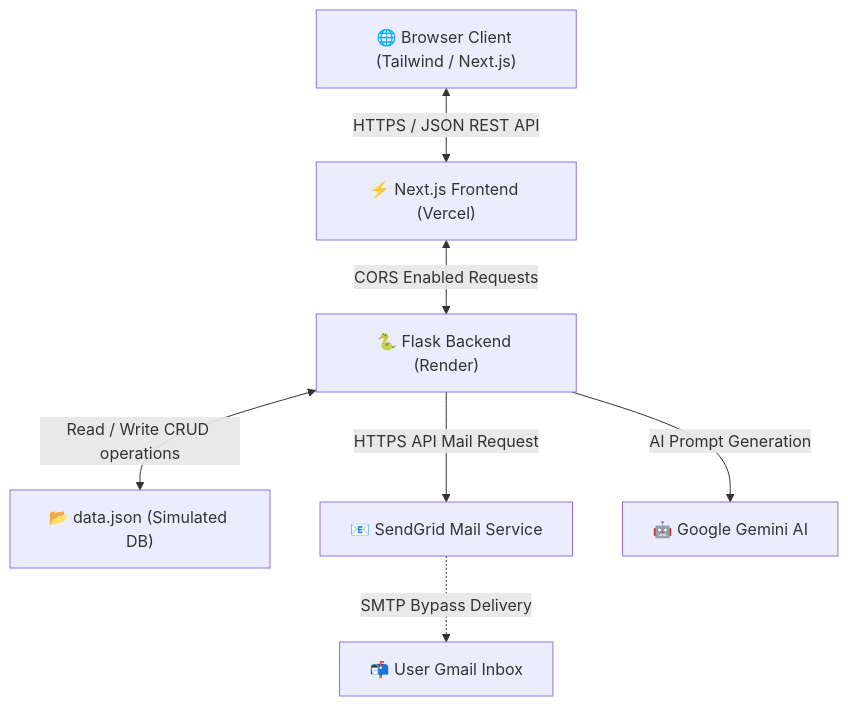
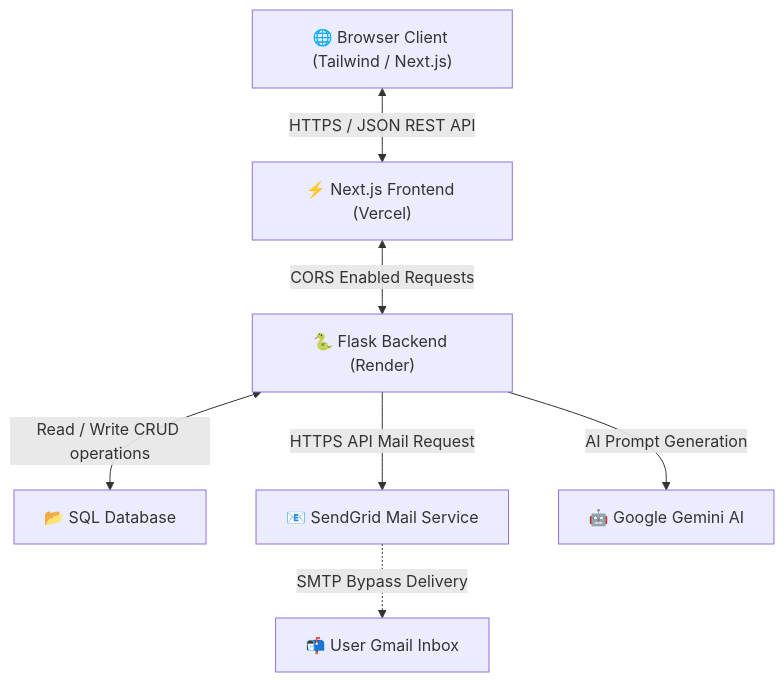
One commit to mcsb25032006/MedoraLink changed the first of 4 diagrams in ReadMe.md. Above: the diagram before and after it, drawn with Mermaid. The commit also changed other lines of this file, not shown here.

````diff
--- a/ReadMe.md
+++ b/ReadMe.md
@@ -36,9 +59,9 @@
 ```mermaid
 graph TD
     Client["🌐 Browser Client (Tailwind / Next.js)"] <-->|HTTPS / JSON REST API| Frontend["⚡ Next.js Frontend (Vercel)"]
     Frontend <-->|CORS Enabled Requests| Backend["🐍 Flask Backend (Render)"]
-    Backend <-->|Read / Write CRUD operations| DB["📂 data.json (Simulated DB)"]
+    Backend <-->|Read / Write CRUD operations| DB["📂 SQL Database"]
     Backend -->|HTTPS API Mail Request| SendGrid["📧 SendGrid Mail Service"]
     Backend -->|AI Prompt Generation| Gemini["🤖 Google Gemini AI"]
     SendGrid -.->|SMTP Bypass Delivery| Gmail["📬 User Gmail Inbox"]
 ```
````
